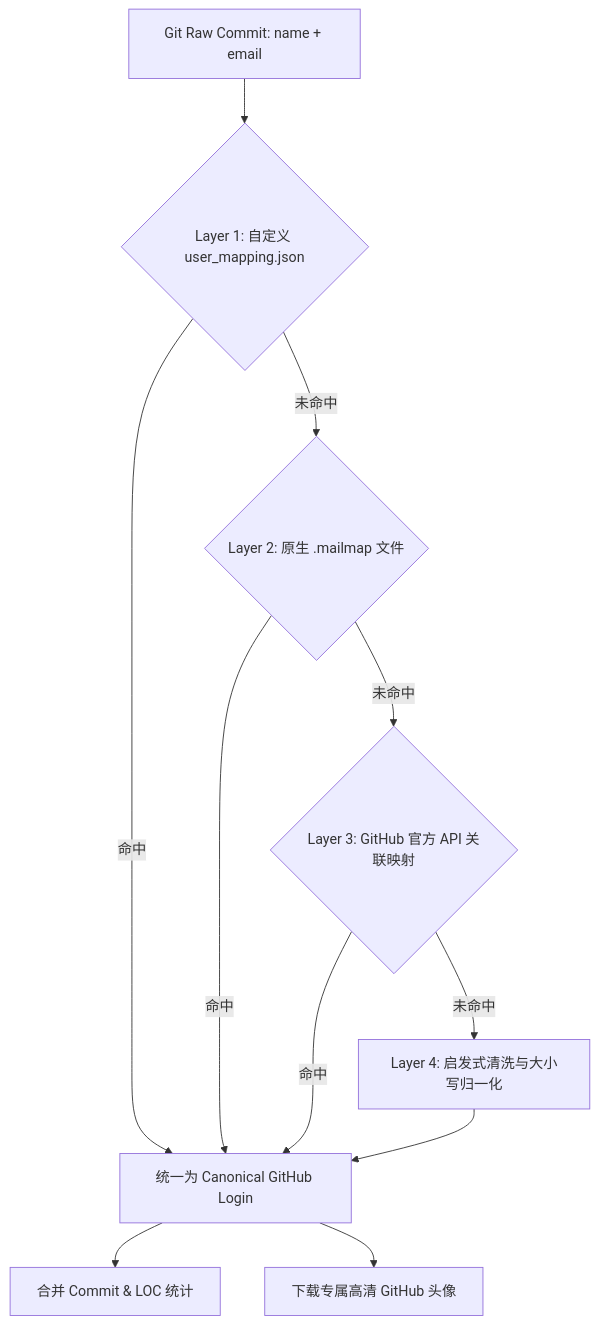
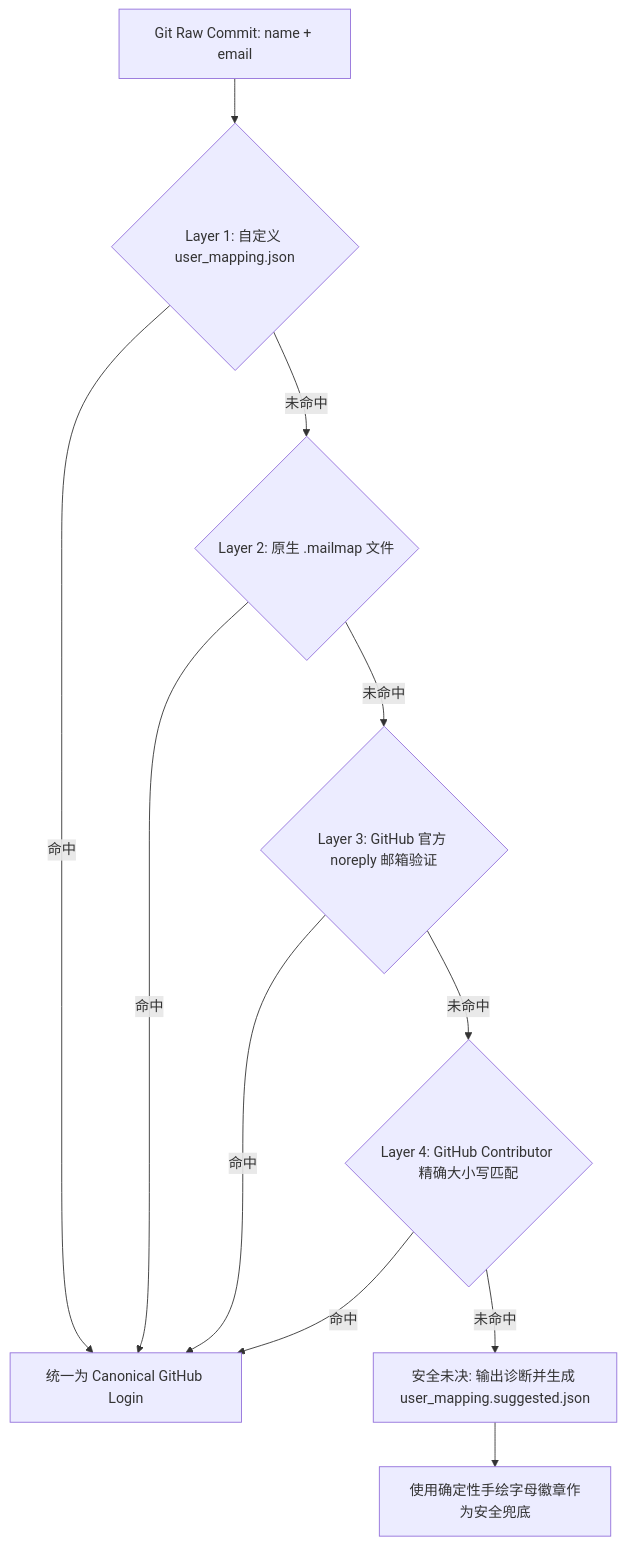
The diagram in skills/repo-evolution-visualizer/references/author_mapping_guide.md (SXP-Simon/repo-evolution-visualization-skill), drawn with Mermaid before and after one commit. The commit also changed other lines of this file and 1 other file, not shown here.

Commit message:
feat: adopt safe contributor disambiguation, unmapped author diagnostic notices, and user_mapping.suggested.json generator

````diff
--- a/skills/repo-evolution-visualizer/references/author_mapping_guide.md
+++ b/skills/repo-evolution-visualizer/references/author_mapping_guide.md
@@ -15,13 +33,13 @@
 ```mermaid
 graph TD
     A[Git Raw Commit: name + email] --> B{Layer 1: 自定义 user_mapping.json}
     B -- 命中 --> Z[统一为 Canonical GitHub Login]
     B -- 未命中 --> C{Layer 2: 原生 .mailmap 文件}
     C -- 命中 --> Z
-    C -- 未命中 --> D{Layer 3: GitHub 官方 API 关联映射}
+    C -- 未命中 --> D{Layer 3: GitHub 官方 noreply 邮箱验证}
     D -- 命中 --> Z
-    D -- 未命中 --> E[Layer 4: 启发式清洗与大小写归一化]
-    E --> Z
-    Z --> F[合并 Commit & LOC 统计]
-    Z --> G[下载专属高清 GitHub 头像]
+    D -- 未命中 --> E{Layer 4: GitHub Contributor 精确大小写匹配}
+    E -- 命中 --> Z
+    E -- 未命中 --> F[安全未决: 输出诊断并生成 user_mapping.suggested.json]
+    F --> G[使用确定性手绘字母徽章作为安全兜底]
 ```
````
